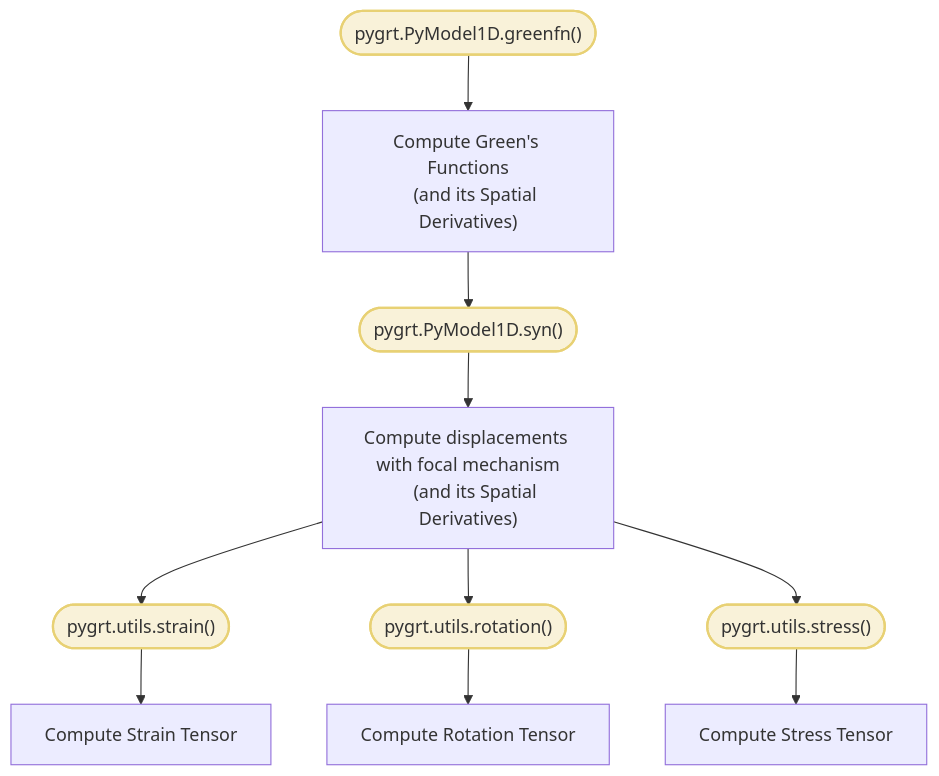
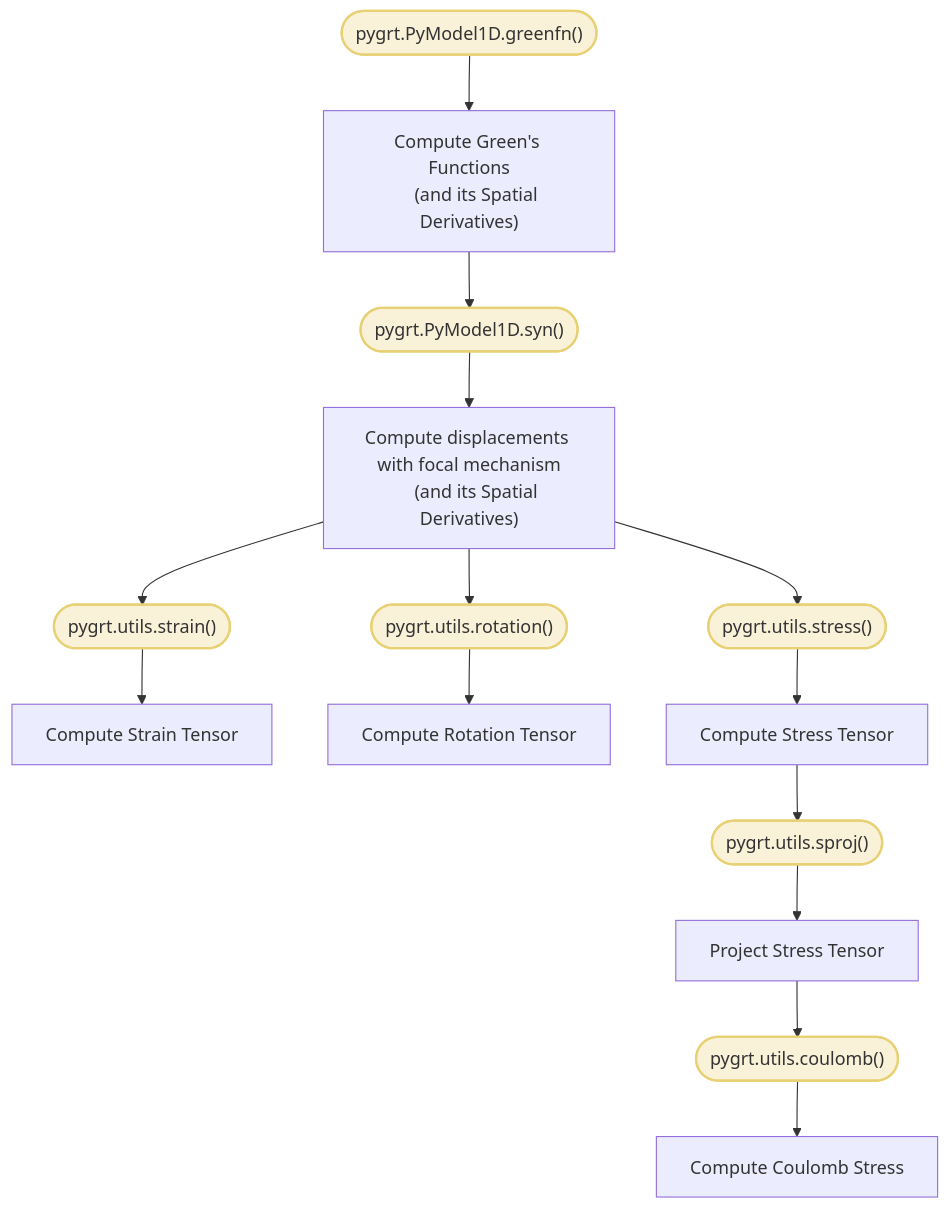
The first of 2 diagrams in docs/source/Tutorial/dynamic/index.rst (Dengda98/PyGRT), drawn with Mermaid before and after one commit. The commit also changed other lines of this file and 21 other files, not shown here.

First line of the commit message:
FEAT: add dynamic stress projection and Coulomb stress postprocessing (#399)

```diff
--- a/docs/source/Tutorial/dynamic/index.rst
+++ b/docs/source/Tutorial/dynamic/index.rst
@@ -11,26 +11,32 @@
 .. mermaid::
 
     flowchart TB 
 
         GG(["pygrt.PyModel1D.greenfn()"])
         SS(["pygrt.PyModel1D.syn()"])
         EE(["pygrt.utils.strain()"])
         RR(["pygrt.utils.rotation()"])
         TT(["pygrt.utils.stress()"])
+        SP(["pygrt.utils.sproj()"])
+        CO(["pygrt.utils.coulomb()"])
 
         G["Compute Green's Functions
         (and its Spatial Derivatives)"]
         S["Compute displacements with focal mechanism
         (and its Spatial Derivatives)"]
         E["Compute Strain Tensor"]
         R["Compute Rotation Tensor"]
         T["Compute Stress Tensor"]
+        P["Project Stress Tensor"]
+        C["Compute Coulomb Stress"]
 
         GG --> G
         G --> SS --> S
         S --> EE --> E
         S --> RR --> R
         S --> TT --> T
+        T --> SP --> P
+        P --> CO --> C
         
         classDef cmdcls fill:#f9f2d9,stroke:#e8d174,stroke-width:2px,color:#333;
-        class GG,SS,EE,RR,TT cmdcls
+        class GG,SS,EE,RR,TT,SP,CO cmdcls
```
